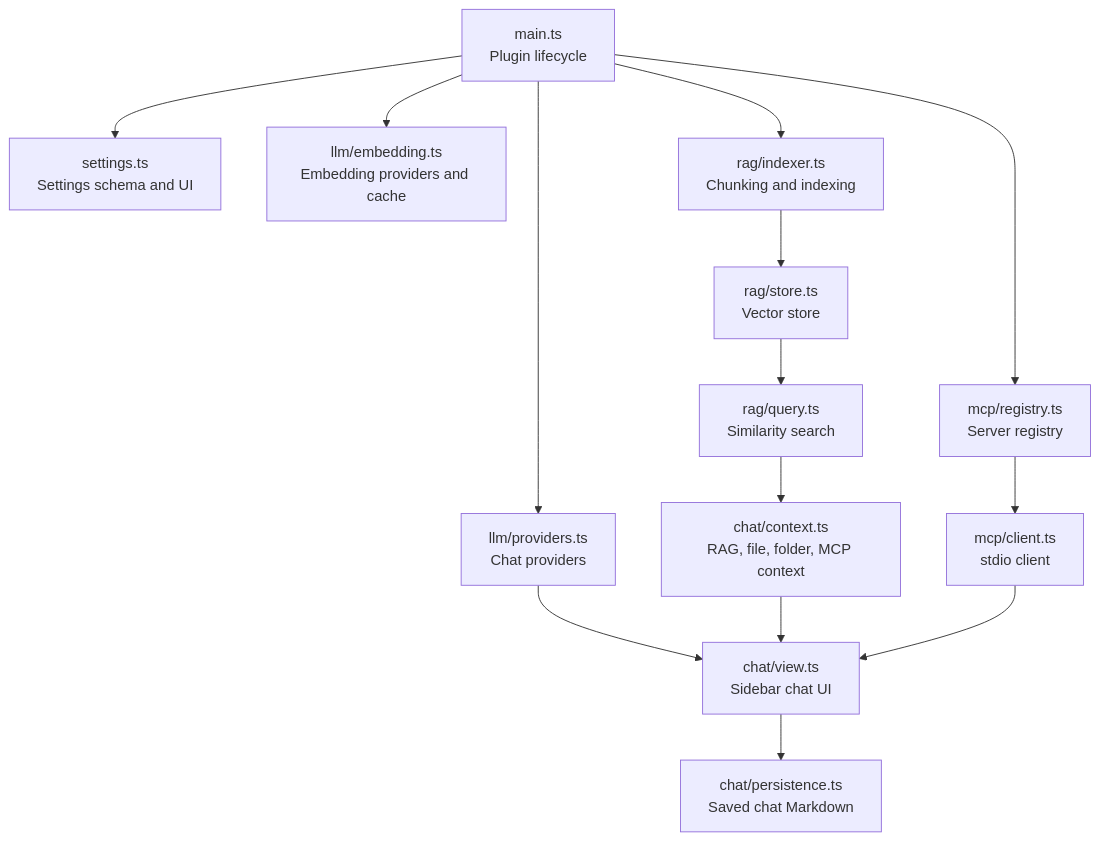
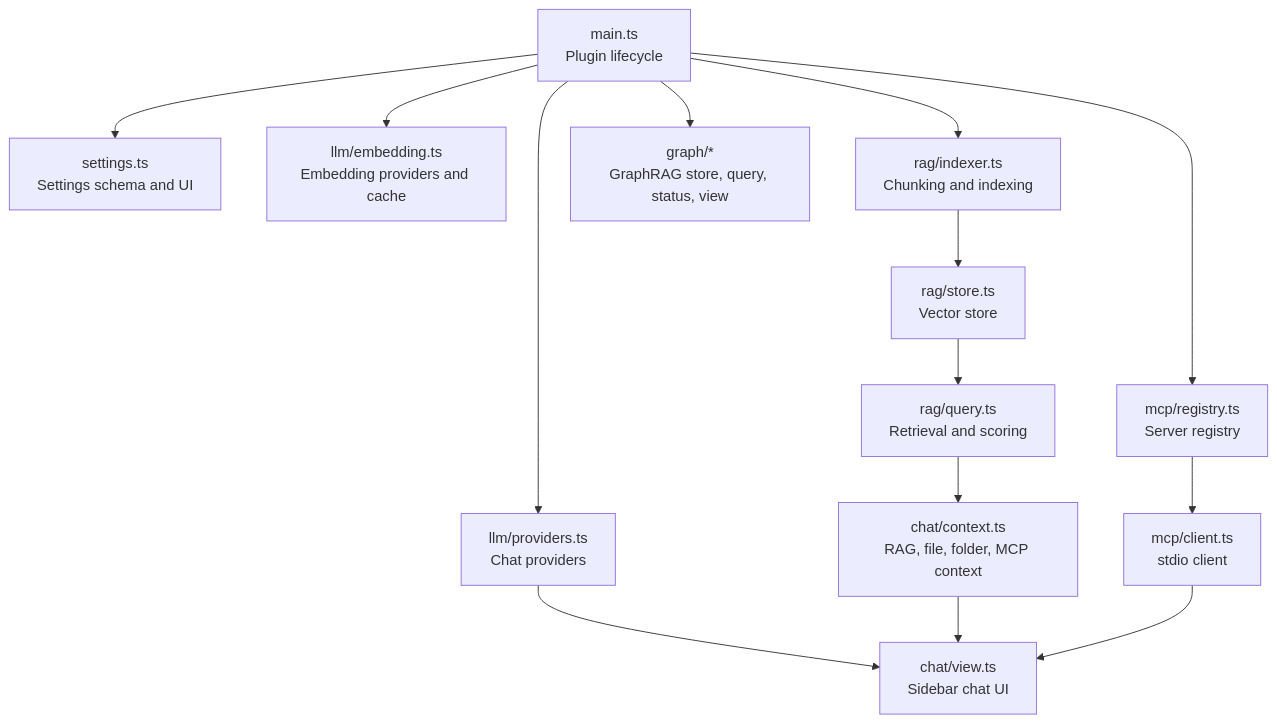
The second of 2 diagrams in docs/README_FOR_DEV.md (magnitus99/Superpower-Inside), drawn with Mermaid before and after one commit. The commit also changed other lines of this file and 7 other files, not shown here.

````diff
--- a/docs/README_FOR_DEV.md
+++ b/docs/README_FOR_DEV.md
@@ -32,16 +64,16 @@
 ```mermaid
 flowchart TD
     A["main.ts<br/>Plugin lifecycle"] --> B["settings.ts<br/>Settings schema and UI"]
     A --> C["llm/providers.ts<br/>Chat providers"]
     A --> D["llm/embedding.ts<br/>Embedding providers and cache"]
     A --> E["rag/indexer.ts<br/>Chunking and indexing"]
     E --> F["rag/store.ts<br/>Vector store"]
-    F --> G["rag/query.ts<br/>Similarity search"]
+    F --> G["rag/query.ts<br/>Retrieval and scoring"]
     G --> H["chat/context.ts<br/>RAG, file, folder, MCP context"]
     C --> I["chat/view.ts<br/>Sidebar chat UI"]
     H --> I
     A --> J["mcp/registry.ts<br/>Server registry"]
     J --> K["mcp/client.ts<br/>stdio client"]
     K --> I
-    I --> L["chat/persistence.ts<br/>Saved chat Markdown"]
+    A --> L["graph/*<br/>GraphRAG store, query, status, view"]
 ```
````
